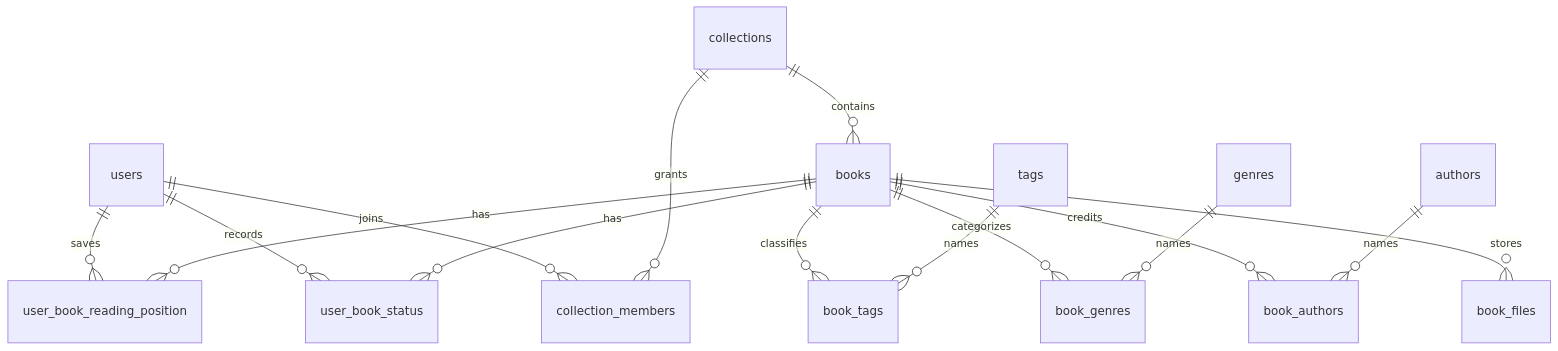
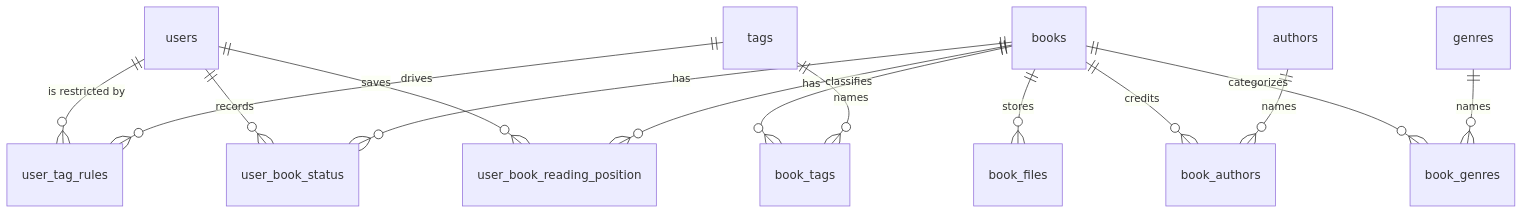
The diagram in docs/developing/data-model.md (lancewilhelm/delb), drawn with Mermaid before and after one commit. The commit also changed other lines of this file and 192 other files, not shown here.

First line of the commit message:
feat: collapse collections into one library with server roles and tag visibility rules

````diff
--- a/docs/developing/data-model.md
+++ b/docs/developing/data-model.md
@@ -7,17 +7,16 @@
 ```mermaid
 erDiagram
-    users ||--o{ collection_members : joins
-    collections ||--o{ collection_members : grants
-    collections ||--o{ books : contains
+    users ||--o{ user_tag_rules : "is restricted by"
+    tags ||--o{ user_tag_rules : drives
     books ||--o{ book_files : stores
     books ||--o{ book_authors : credits
     authors ||--o{ book_authors : names
     books ||--o{ book_genres : categorizes
     genres ||--o{ book_genres : names
     books ||--o{ book_tags : classifies
     tags ||--o{ book_tags : names
     users ||--o{ user_book_status : records
     books ||--o{ user_book_status : has
     users ||--o{ user_book_reading_position : saves
     books ||--o{ user_book_reading_position : has
 ```
````
